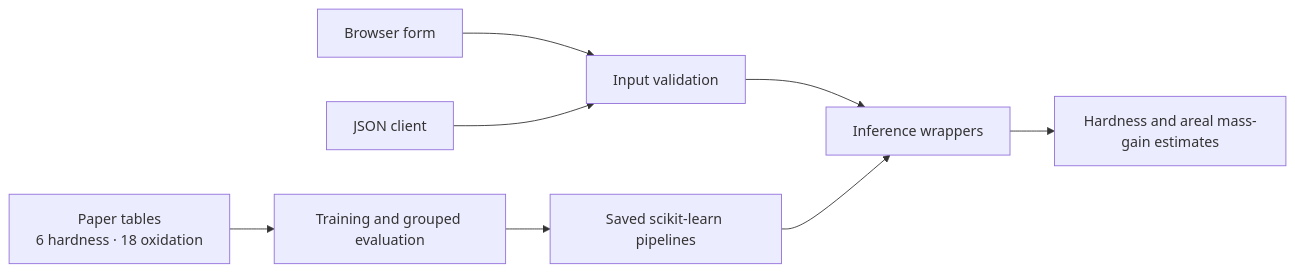
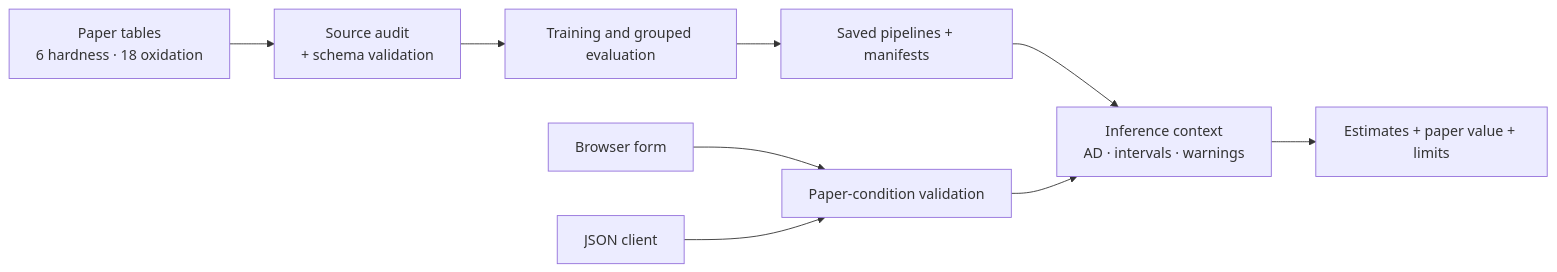
The diagram in README.md (TheComputationalCore/Material-Hardness-Oxidation-Prediction), drawn with Mermaid before and after one commit. The commit also changed other lines of this file and 95 other files, not shown here.

````diff
--- a/README.md
+++ b/README.md
@@ -196,10 +236,11 @@
 ```mermaid
 flowchart LR
-    D[Paper tables<br/>6 hardness · 18 oxidation] --> T[Training and grouped evaluation]
-    T --> M[Saved scikit-learn pipelines]
-    U[Browser form] --> V[Input validation]
-    A[JSON client] --> V
-    V --> I[Inference wrappers]
-    M --> I
-    I --> R[Hardness and areal mass-gain estimates]
+    D[Paper tables<br/>6 hardness · 18 oxidation] --> A[Source audit<br/>+ schema validation]
+    A --> T[Training and grouped evaluation]
+    T --> M[Saved pipelines + manifests]
+    M --> I[Inference context<br/>AD · intervals · warnings]
+    U[Browser form] --> V[Paper-condition validation]
+    J[JSON client] --> V
+    V --> I
+    I --> R[Estimates + paper value + limits]
 ```
````
